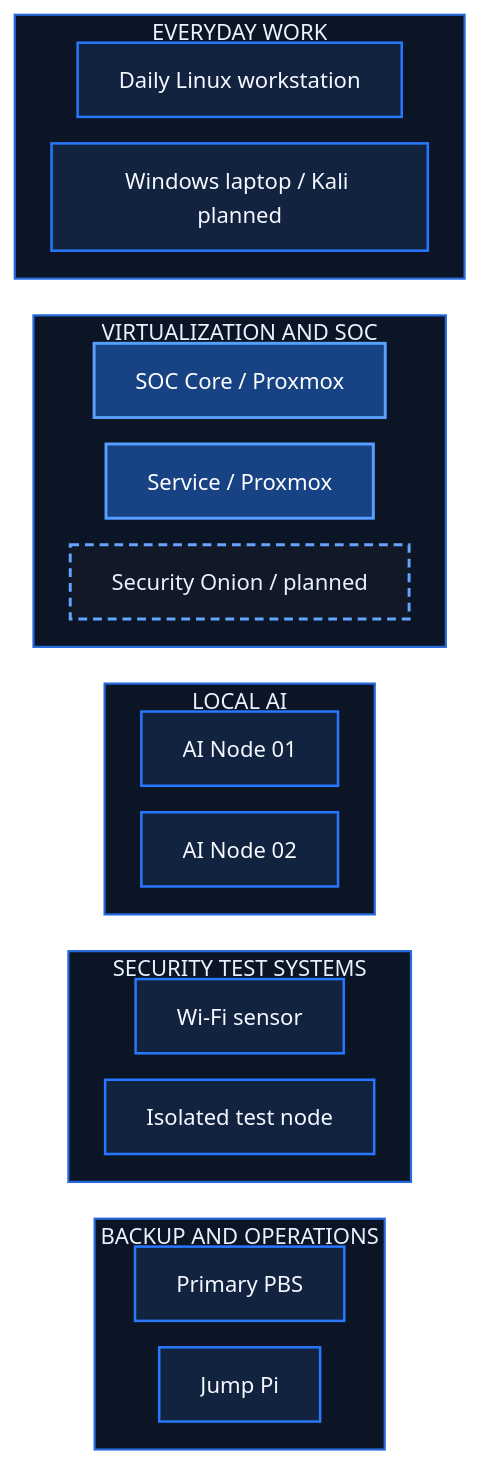
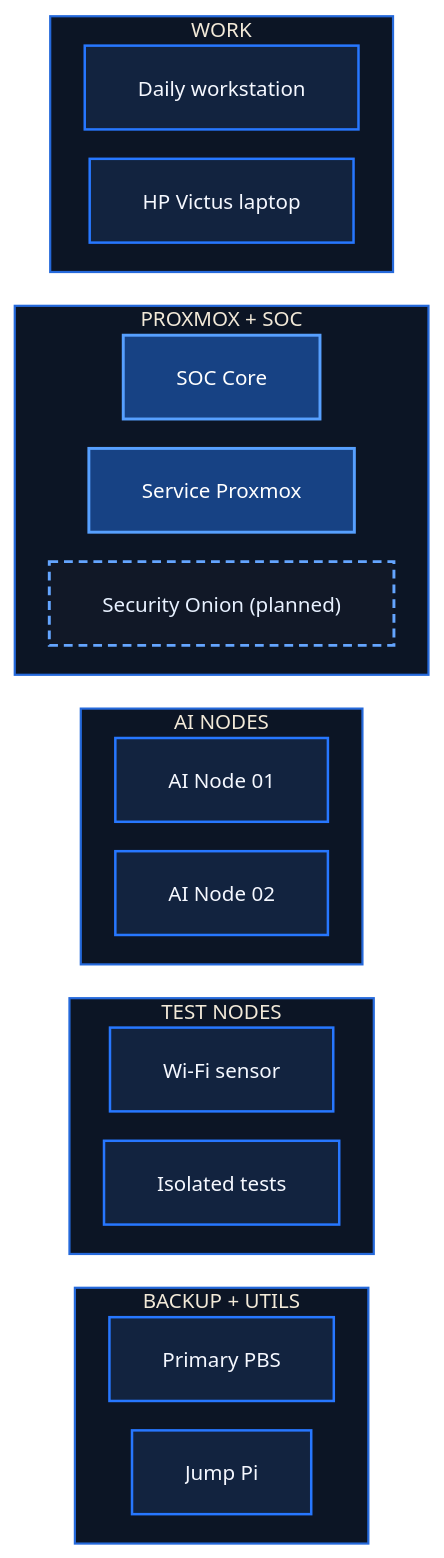
Before and after one commit to ITLLERY/itllery-homelab: the diagram in docs/architecture/README.md, drawn with Mermaid. The commit also changed other lines of this file and 5 other files, not shown here.

Commit message:
docs: add Lenovo BIOS stability notes and repair Mermaid labels

````diff
--- a/docs/architecture/README.md
+++ b/docs/architecture/README.md
@@ -25,52 +25,52 @@
 ```mermaid
-%%{init: {"theme":"base","themeVariables":{"background":"#080C14","primaryColor":"#14233F","primaryTextColor":"#F5F8FF","primaryBorderColor":"#2375FF","lineColor":"#3380FF","secondaryColor":"#0D1627","tertiaryColor":"#0D1627","clusterBkg":"#0C1525","clusterBorder":"#2872E8","fontFamily":"Arial, Helvetica, sans-serif","fontSize":"15px"},"flowchart":{"nodeSpacing":18,"rankSpacing":25,"padding":14}}}%%
+%%{init: {"theme":"base","themeVariables":{"background":"#080C14","primaryColor":"#14233F","primaryTextColor":"#F5F8FF","primaryBorderColor":"#2375FF","lineColor":"#3380FF","secondaryColor":"#0D1627","tertiaryColor":"#0D1627","clusterBkg":"#0C1525","clusterBorder":"#2872E8","fontFamily":"Arial, Helvetica, sans-serif","fontSize":"14px"},"flowchart":{"htmlLabels":false,"nodeSpacing":20,"rankSpacing":22,"padding":18}}}%%
 flowchart TB
-    subgraph Everyday["EVERYDAY WORK"]
+    subgraph Everyday["WORK"]
         direction LR
-        Daily["Daily Linux workstation"]
-        Laptop["Windows laptop / Kali planned"]
+        Daily["Daily workstation"]
+        Laptop["HP Victus laptop"]
     end
 
-    subgraph Core["VIRTUALIZATION AND SOC"]
+    subgraph Core["PROXMOX + SOC"]
         direction LR
-        SOC["SOC Core / Proxmox"]
-        Services["Service / Proxmox"]
-        Onion["Security Onion / planned"]
+        SOC["SOC Core"]
+        Services["Service Proxmox"]
+        Onion["Security Onion (planned)"]
     end
 
-    subgraph Compute["LOCAL AI"]
+    subgraph Compute["AI NODES"]
         direction LR
         AI1["AI Node 01"]
         AI2["AI Node 02"]
     end
 
-    subgraph Testing["SECURITY TEST SYSTEMS"]
+    subgraph Testing["TEST NODES"]
         direction LR
         WiFi["Wi-Fi sensor"]
-        Isolated["Isolated test node"]
+        Isolated["Isolated tests"]
     end
 
-    subgraph Operations["BACKUP AND OPERATIONS"]
+    subgraph Operations["BACKUP + UTILS"]
         direction LR
         PBS["Primary PBS"]
         Jump["Jump Pi"]
     end
 
     %% Invisible links control the layout; they do NOT indicate physical connections.
     Everyday ~~~ Core
     Core ~~~ Compute
     Compute ~~~ Testing
     Testing ~~~ Operations
 
     classDef regular fill:#12233F,stroke:#2777FF,color:#F5F8FF,stroke-width:1.7px;
     classDef accent fill:#174284,stroke:#57A0FF,color:#FFFFFF,stroke-width:2px;
     classDef planned fill:#111827,stroke:#64A5FF,color:#E8F1FF,stroke-width:2px,stroke-dasharray:6 4;
     class Daily,Laptop,SOC,Services,AI1,AI2,WiFi,Isolated,PBS,Jump regular;
     class Onion planned;
     class SOC,Services accent;
     style Everyday fill:#0C1525,stroke:#2569DB,stroke-width:1.5px,color:#EAF2FF
     style Core fill:#0C1525,stroke:#2569DB,stroke-width:1.5px,color:#EAF2FF
     style Compute fill:#0C1525,stroke:#2569DB,stroke-width:1.5px,color:#EAF2FF
     style Testing fill:#0C1525,stroke:#2569DB,stroke-width:1.5px,color:#EAF2FF
     style Operations fill:#0C1525,stroke:#2569DB,stroke-width:1.5px,color:#EAF2FF
 ```
````
